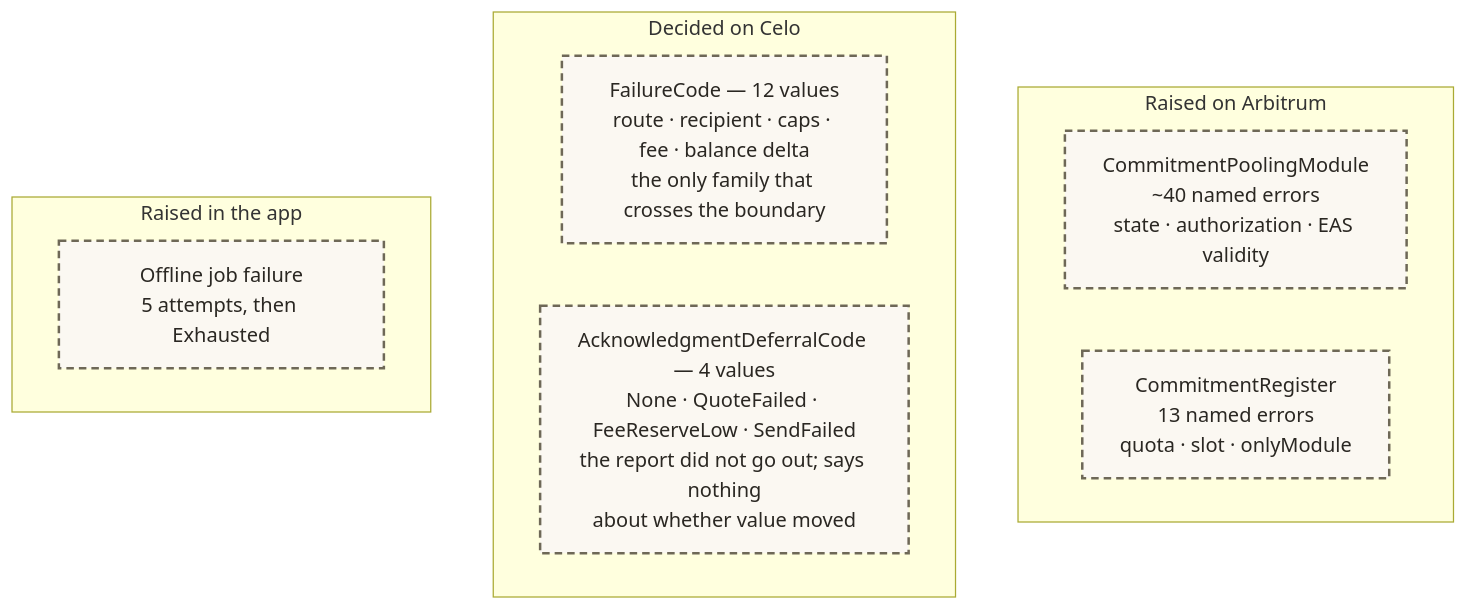
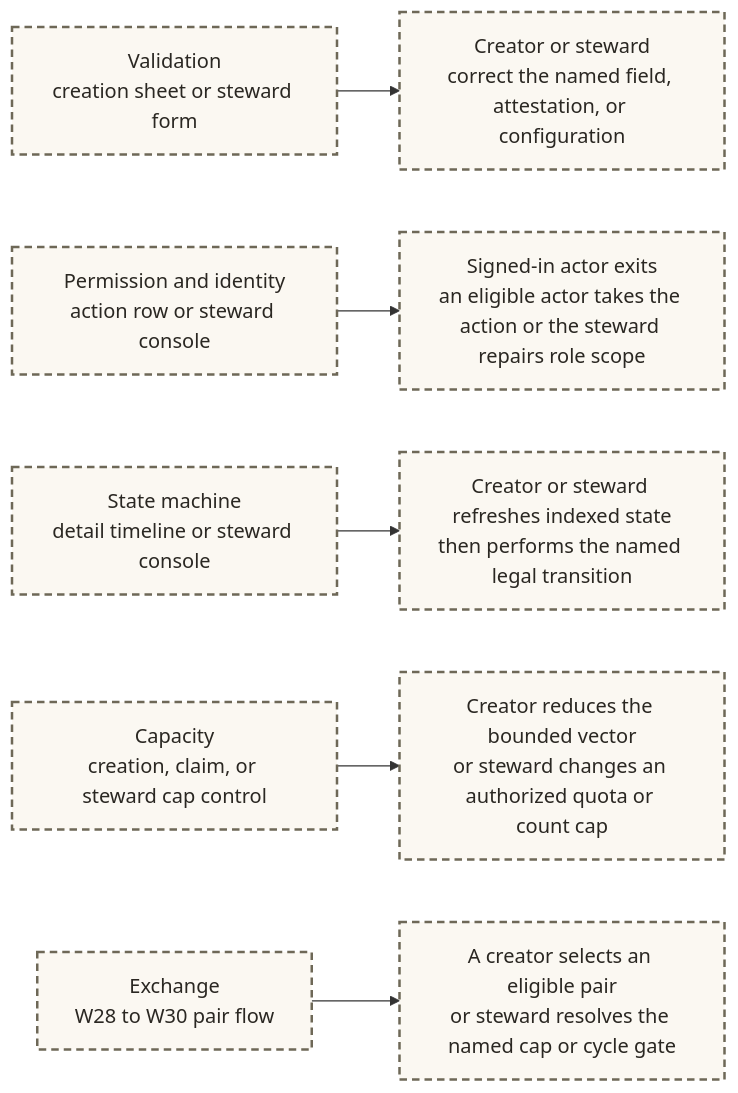
Before and after one commit to greenpill-dev-guild/green-goods: diagram 32 of 38 in .plans/active/commitment-pooling/diagrams.md, drawn with Mermaid. The commit also changed other lines of this file and 58 other files, not shown here.

First line of the commit message:
docs(plans): commitment pooling gallery polish + CPP-alignment + exchange wave (#687)

````diff
--- a/.plans/active/commitment-pooling/diagrams.md
+++ b/.plans/active/commitment-pooling/diagrams.md
@@ -1737,17 +1717,11 @@
 ```mermaid
-flowchart TB
-  subgraph ONARB["Raised on Arbitrum"]
-    E1["CommitmentPoolingModule<br/>~40 named errors<br/>state · authorization · EAS validity"]
-    E2["CommitmentRegister<br/>13 named errors<br/>quota · slot · onlyModule"]
-  end
-  subgraph ONCELO["Decided on Celo"]
-    E3["FailureCode — 12 values<br/>route · recipient · caps · fee · balance delta<br/>the only family that crosses the boundary"]
-    E4["AcknowledgmentDeferralCode — 4 values<br/>None · QuoteFailed · FeeReserveLow · SendFailed<br/>the report did not go out; says nothing<br/>about whether value moved"]
-  end
-  subgraph INAPP["Raised in the app"]
-    E5["Offline job failure<br/>5 attempts, then Exhausted"]
-  end
+flowchart LR
+  V["Validation<br/>creation sheet or steward form"] --> VA["Creator or steward<br/>correct the named field, attestation, or configuration"]
+  P["Permission and identity<br/>action row or steward console"] --> PA["Signed-in actor exits<br/>an eligible actor takes the action or the steward repairs role scope"]
+  S["State machine<br/>detail timeline or steward console"] --> SA["Creator or steward refreshes indexed state<br/>then performs the named legal transition"]
+  C["Capacity<br/>creation, claim, or steward cap control"] --> CA["Creator reduces the bounded vector<br/>or steward changes an authorized quota or count cap"]
+  X["Exchange<br/>W28 to W30 pair flow"] --> XA["A creator selects an eligible pair<br/>or steward resolves the named cap or cycle gate"]
 
   classDef planned fill:#fbf8f2,stroke:#6e6857,stroke-width:2px,stroke-dasharray:6 4,color:#2a2722
-  class E1,E2,E3,E4,E5 planned
+  class V,VA,P,PA,S,SA,C,CA,X,XA planned
 ```
````
